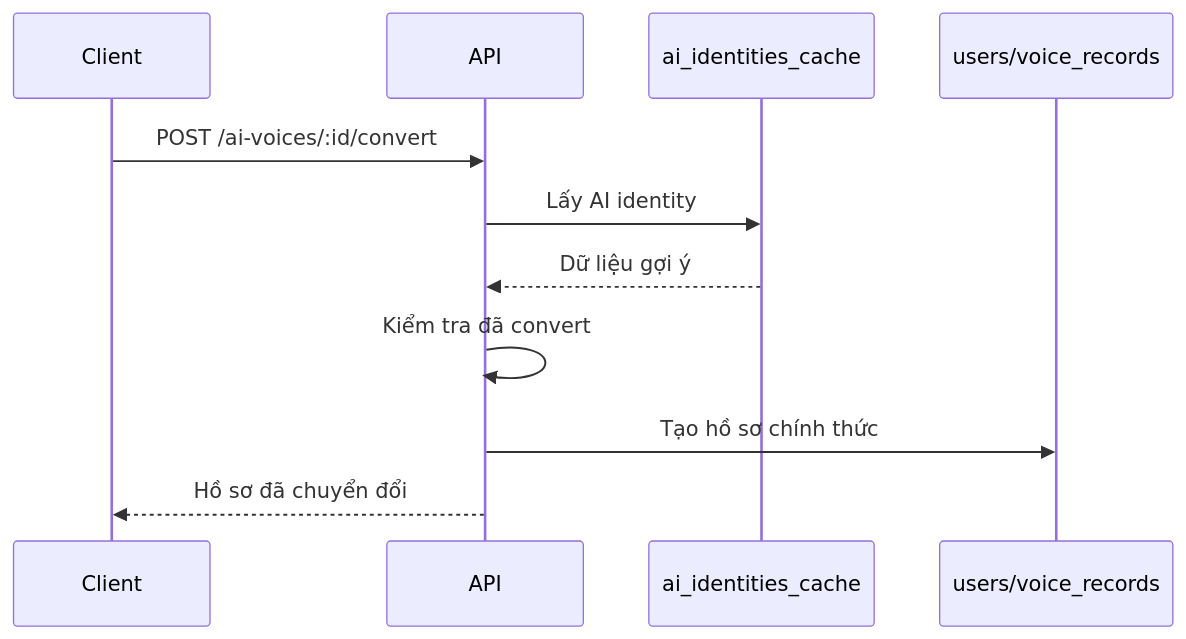
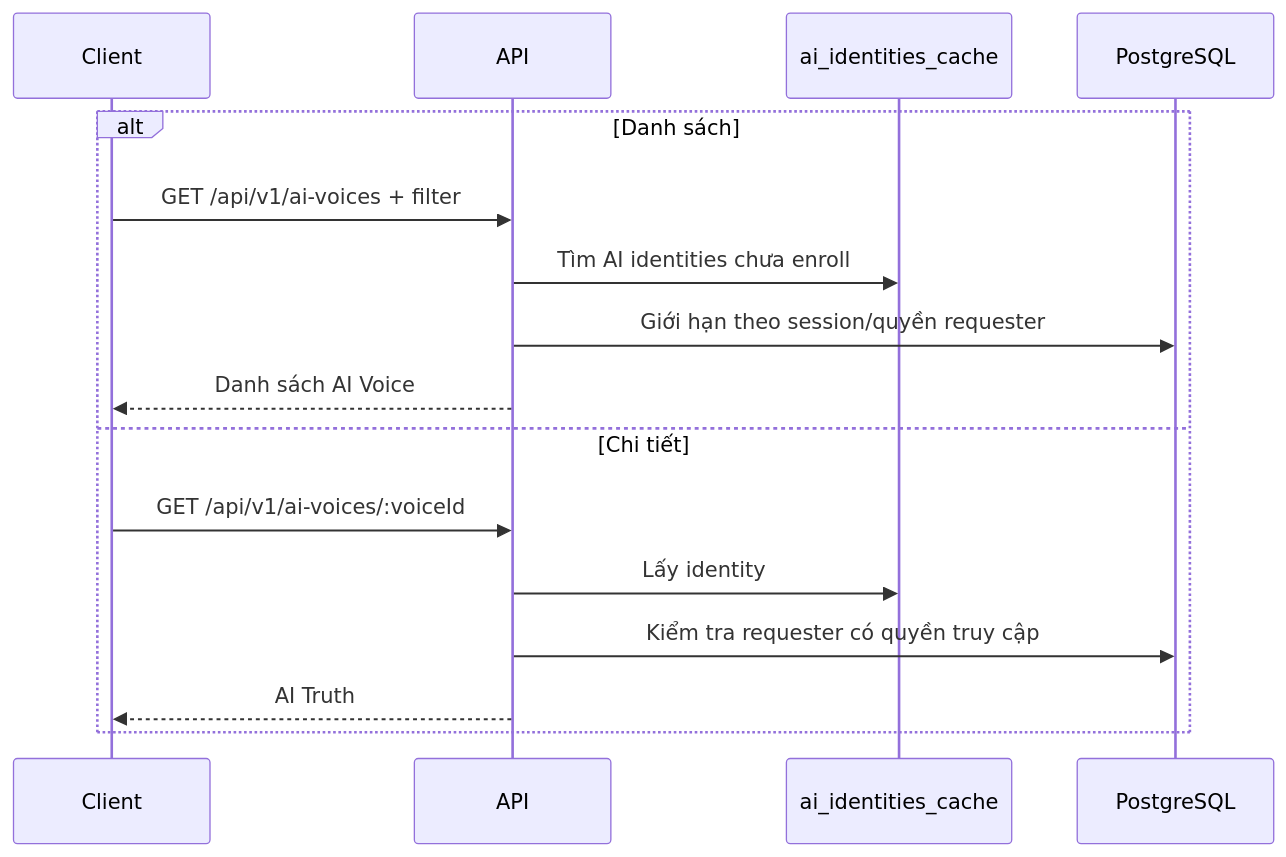
One commit to SSIT-joint-stock/identify-voice-base changed diagram 18 of 29 in docs/architecture/data-flow.md. Above: the diagram before and after it, drawn with Mermaid. The commit also changed other lines of this file and 1 other file, not shown here.

Commit message:
docs: enhance data flow documentation with detailed coverage matrix and pipeline overview

````diff
--- a/docs/architecture/data-flow.md
+++ b/docs/architecture/data-flow.md
@@ -165,14 +527,19 @@
 ```mermaid
 sequenceDiagram
     participant C as Client
     participant A as API
     participant Cache as ai_identities_cache
-    participant D as users/voice_records
+    participant D as PostgreSQL
 
-    C->>A: POST /ai-voices/:id/convert
-    A->>Cache: Lấy AI identity
-    Cache-->>A: Dữ liệu gợi ý
-    A->>A: Kiểm tra đã convert
-    A->>D: Tạo hồ sơ chính thức
-    A-->>C: Hồ sơ đã chuyển đổi
+    alt Danh sách
+        C->>A: GET /api/v1/ai-voices + filter
+        A->>Cache: Tìm AI identities chưa enroll
+        A->>D: Giới hạn theo session/quyền requester
+        A-->>C: Danh sách AI Voice
+    else Chi tiết
+        C->>A: GET /api/v1/ai-voices/:voiceId
+        A->>Cache: Lấy identity
+        A->>D: Kiểm tra requester có quyền truy cập
+        A-->>C: AI Truth
+    end
 ```
````
